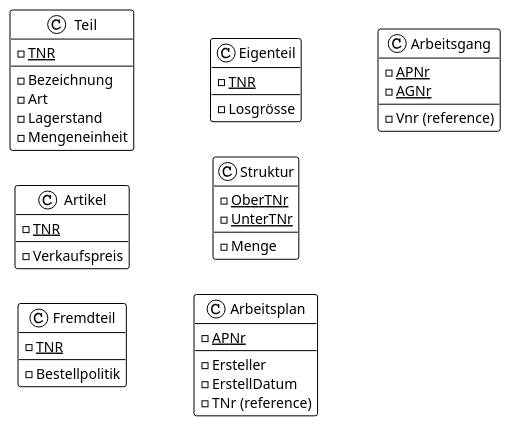
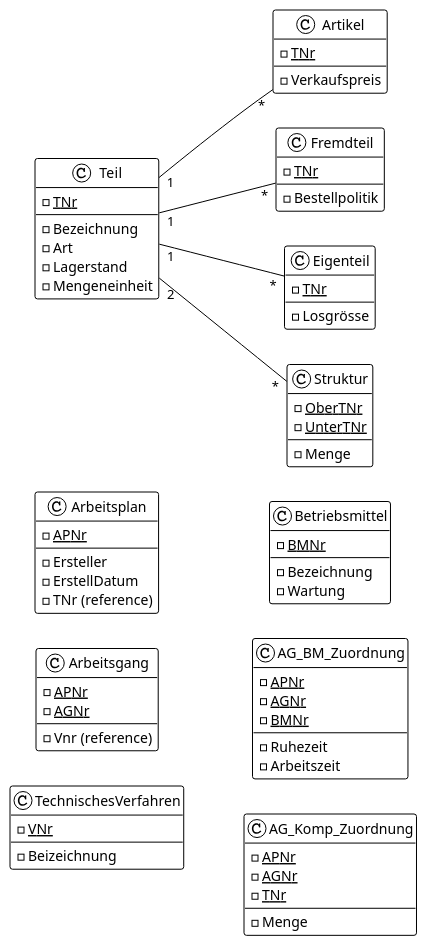
Before and after one commit to MctomSpdo/school-SQL: the diagram in uebungen/13/uebung_13.adoc, drawn with PlantUML. The commit also changed 4 other files, not shown here.

```diff
--- a/uebungen/13/uebung_13.adoc
+++ b/uebungen/13/uebung_13.adoc
@@ -38,7 +38,7 @@
 !theme plain
 
 class Teil {
-    - <u>TNR</u>
+    - <u>TNr</u>
     ---
     - Bezeichnung
     - Art
@@ -47,19 +47,19 @@
 }
 
 class Artikel {
-    - <u>TNR</u>
+    - <u>TNr</u>
     ---
     - Verkaufspreis
 }
 
 class Fremdteil {
-    - <u>TNR</u>
+    - <u>TNr</u>
     ---
     - Bestellpolitik
 }
 
 class Eigenteil {
-    - <u>TNR</u>
+    - <u>TNr</u>
     ---
     - Losgrösse
 }
@@ -86,5 +86,40 @@
     - Vnr (reference)
 }
 
+class TechnischesVerfahren {
+    - <u>VNr</u>
+    ---
+    - Beizeichnung
+}
+
+class Betriebsmittel {
+    - <u>BMNr</u>
+    ---
+    - Bezeichnung
+    - Wartung
+}
+
+class AG_BM_Zuordnung {
+    - <u>APNr</u>
+    - <u>AGNr</u>
+    - <u>BMNr</u>
+    ---
+    - Ruhezeit
+    - Arbeitszeit
+}
+
+class AG_Komp_Zuordnung {
+    - <u>APNr</u>
+    - <u>AGNr</u>
+    - <u>TNr</u>
+    ----
+    - Menge
+}
+
+Teil "1"--"*" Eigenteil
+Teil "1"--"*" Fremdteil
+Teil "1"--"*" Artikel
+Teil "2"--"*" Struktur
+
 @enduml
 ----
```
